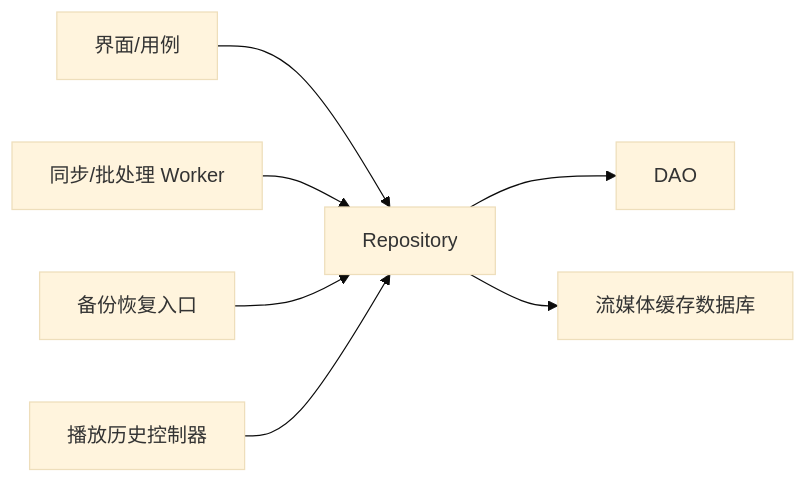
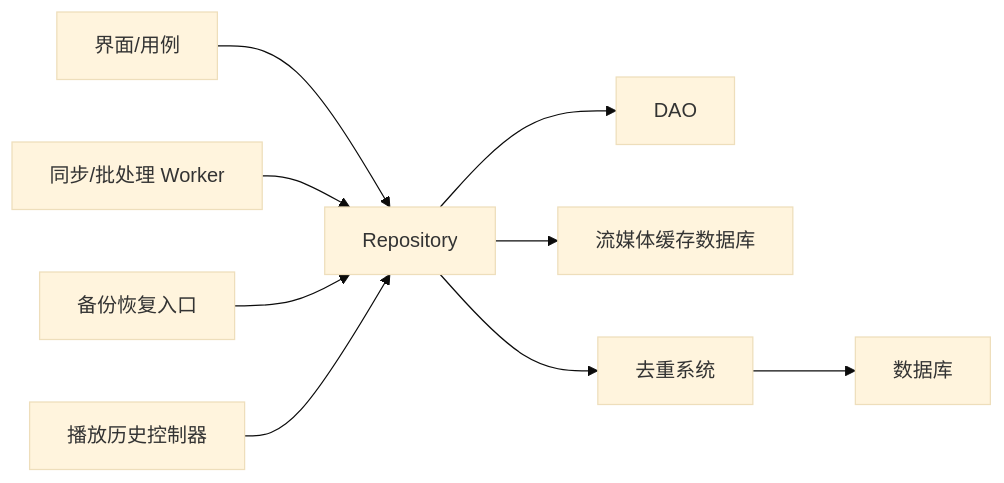
Diagram 13 of 13 in .qoder/repowiki/zh/content/数据层/数据层.md (ysyhlly/Yukine-android), drawn with Mermaid (base theme) before and after one commit. The commit also changed other lines of this file and 158 other files, not shown here.

````diff
--- a/.qoder/repowiki/zh/content/数据层/数据层.md
+++ b/.qoder/repowiki/zh/content/数据层/数据层.md
@@ -423,9 +536,11 @@
 ```mermaid
 graph LR
 UI["界面/用例"] --> Repo["Repository"]
 Repo --> DAO["DAO"]
 Repo --> Cache["流媒体缓存数据库"]
+Repo --> Dedup["去重系统"]
+Dedup --> DB["数据库"]
 Worker["同步/批处理 Worker"] --> Repo
 Backup["备份恢复入口"] --> Repo
 HistoryCtrl["播放历史控制器"] --> Repo
 ```
````
